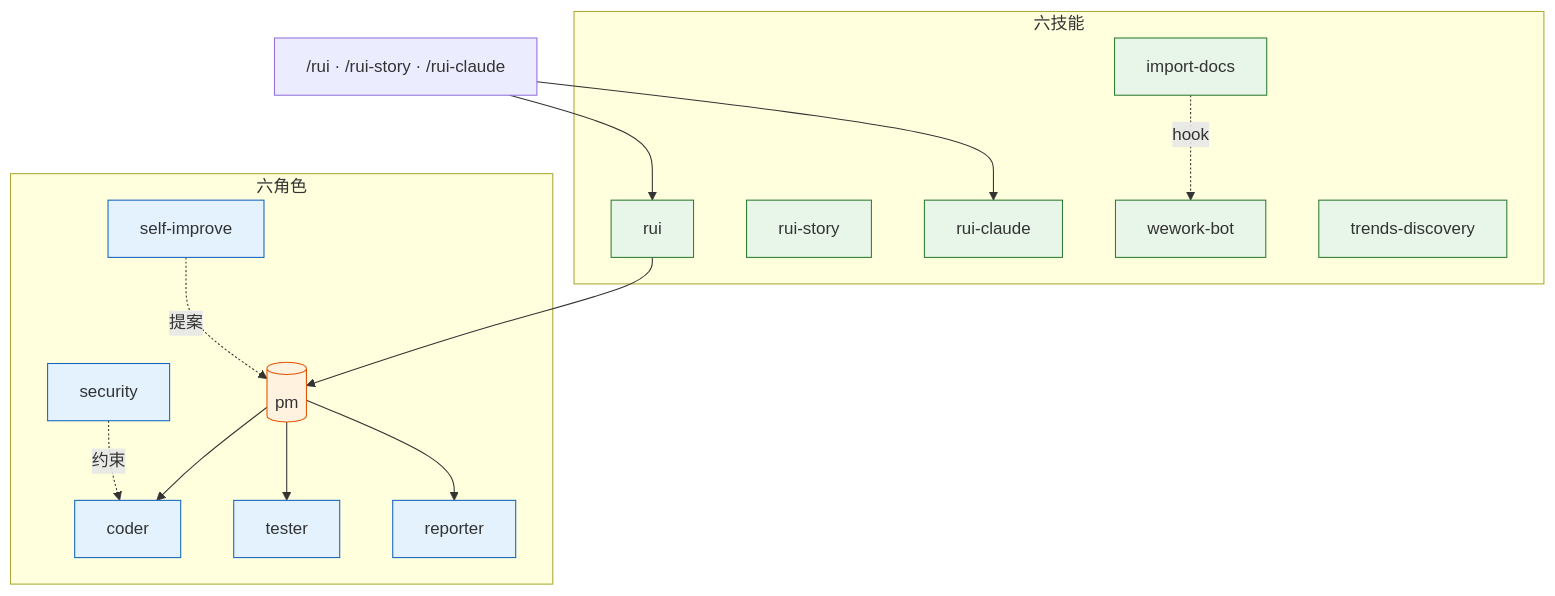
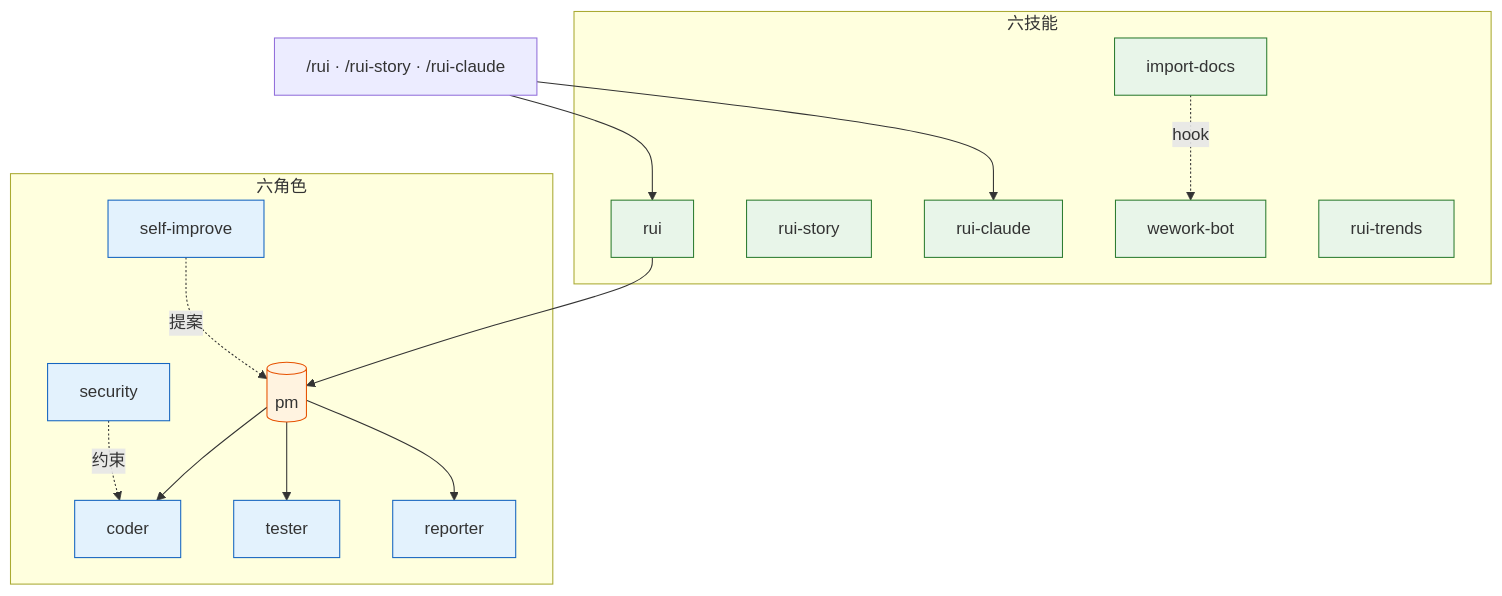
Before and after one commit to effiy/YrY: the first of 6 diagrams in README.md, drawn with Mermaid. The commit also changed other lines of this file and 19 other files, not shown here.

````diff
--- a/README.md
+++ b/README.md
@@ -7,33 +7,33 @@
 ```mermaid
 flowchart TD
     CMD["/rui · /rui-story · /rui-claude"]
 
     subgraph Skills[六技能]
         RUI[rui]:::skill
         RS[rui-story]:::skill
         RC[rui-claude]:::skill
         ID[import-docs]:::skill
         WW[wework-bot]:::skill
-        TD[trends-discovery]:::skill
+        TD[rui-trends]:::skill
     end
 
     subgraph Agents[六角色]
         PM[("pm")]:::core
         CODER[coder]:::agent
         TESTER[tester]:::agent
         REPORTER[reporter]:::agent
         SECURITY[security]:::agent
         SI[self-improve]:::agent
     end
 
     CMD --> RUI & RC
     RUI --> PM
     PM --> CODER & TESTER & REPORTER
     SECURITY -.约束.-> CODER
     SI -.提案.-> PM
     ID -.hook.-> WW
 
     classDef core fill:#fff3e0,stroke:#e65100;
     classDef agent fill:#e3f2fd,stroke:#1565c0;
     classDef skill fill:#e8f5e9,stroke:#2e7d32;
 ```
````
